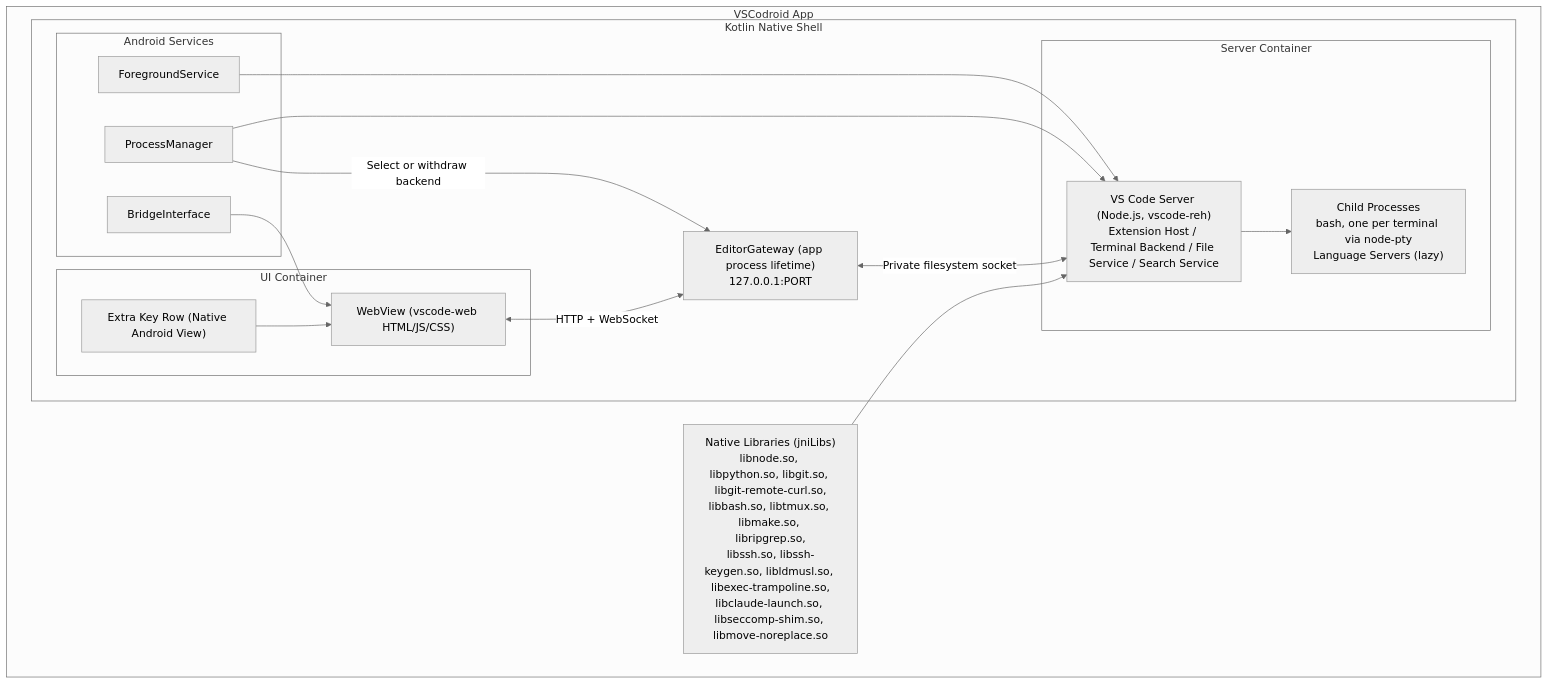
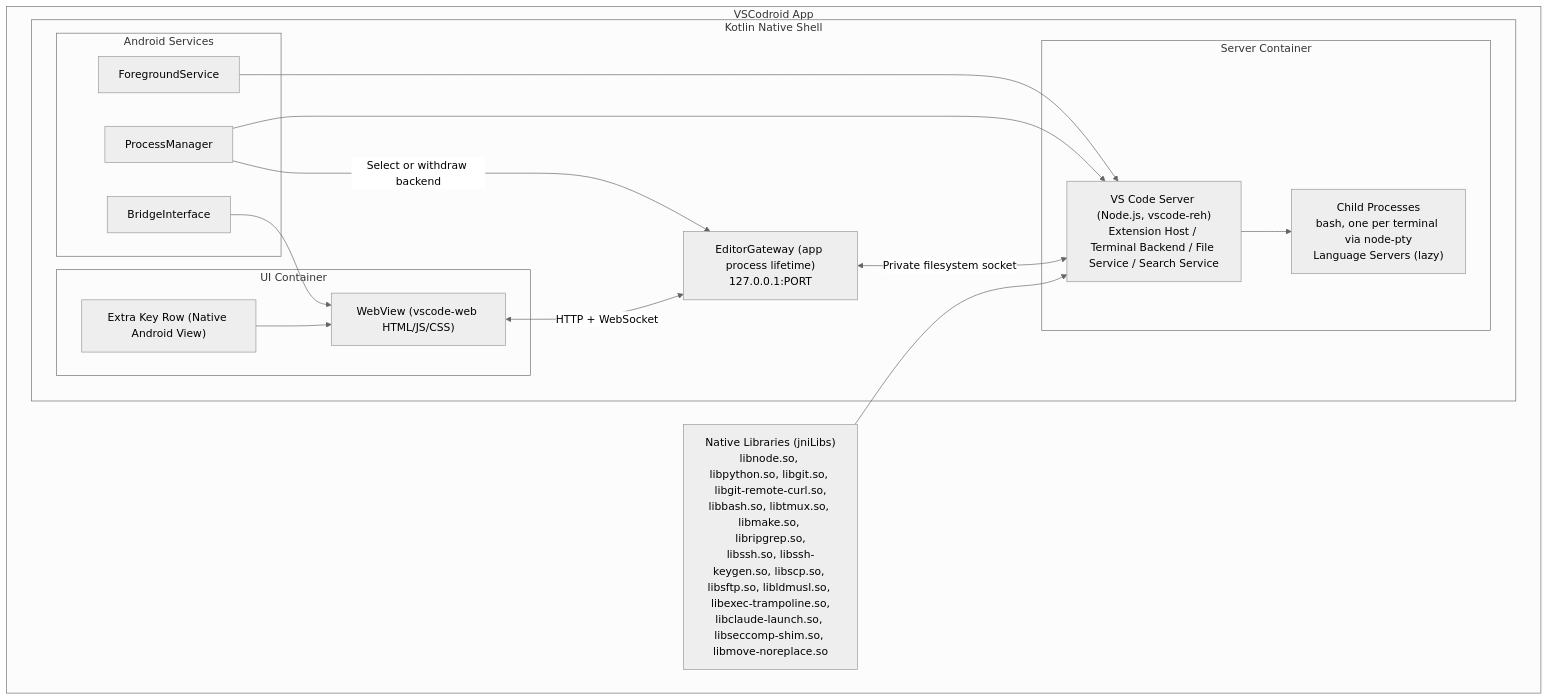
The third of 12 diagrams in docs/03-ARCHITECTURE.md (rmyndharis/VSCodroid), drawn with Mermaid (neutral theme) before and after one commit. The commit also changed other lines of this file and 17 other files, not shown here.

````diff
--- a/docs/03-ARCHITECTURE.md
+++ b/docs/03-ARCHITECTURE.md
@@ -85,35 +85,35 @@
 ```mermaid
 flowchart TD
   subgraph APP["VSCodroid App"]
     subgraph SHELL["Kotlin Native Shell"]
       subgraph UI["UI Container"]
         WEBVIEW["WebView (vscode-web HTML/JS/CSS)"]
         EXTRAROW["Extra Key Row (Native Android View)"]
       end
 
       subgraph SERVER["Server Container"]
         VSS["VS Code Server (Node.js, vscode-reh)<br/>Extension Host / Terminal Backend / File Service / Search Service"]
         CHILD["Child Processes<br/>bash, one per terminal via node-pty<br/>Language Servers (lazy)"]
       end
 
       subgraph SERVICES["Android Services"]
         FGSVC["ForegroundService"]
         PM["ProcessManager"]
         BRIDGE["BridgeInterface"]
       end
       GATEWAY["EditorGateway (app process lifetime)<br/>127.0.0.1:PORT"]
     end
 
-    LIBS["Native Libraries (jniLibs)<br/>libnode.so, libpython.so, libgit.so, libgit-remote-curl.so,<br/>libbash.so, libtmux.so, libmake.so, libripgrep.so,<br/>libssh.so, libssh-keygen.so, libldmusl.so, libexec-trampoline.so,<br/>libclaude-launch.so, libseccomp-shim.so, libmove-noreplace.so"]
+    LIBS["Native Libraries (jniLibs)<br/>libnode.so, libpython.so, libgit.so, libgit-remote-curl.so,<br/>libbash.so, libtmux.so, libmake.so, libripgrep.so,<br/>libssh.so, libssh-keygen.so, libscp.so, libsftp.so, libldmusl.so, libexec-trampoline.so,<br/>libclaude-launch.so, libseccomp-shim.so, libmove-noreplace.so"]
   end
 
   EXTRAROW --> WEBVIEW
   WEBVIEW <-->|"HTTP + WebSocket"| GATEWAY
   GATEWAY <-->|"Private filesystem socket"| VSS
   VSS --> CHILD
   FGSVC --> VSS
   PM --> VSS
   PM -->|"Select or withdraw backend"| GATEWAY
   BRIDGE --> WEBVIEW
   LIBS --> VSS
 ```
````
